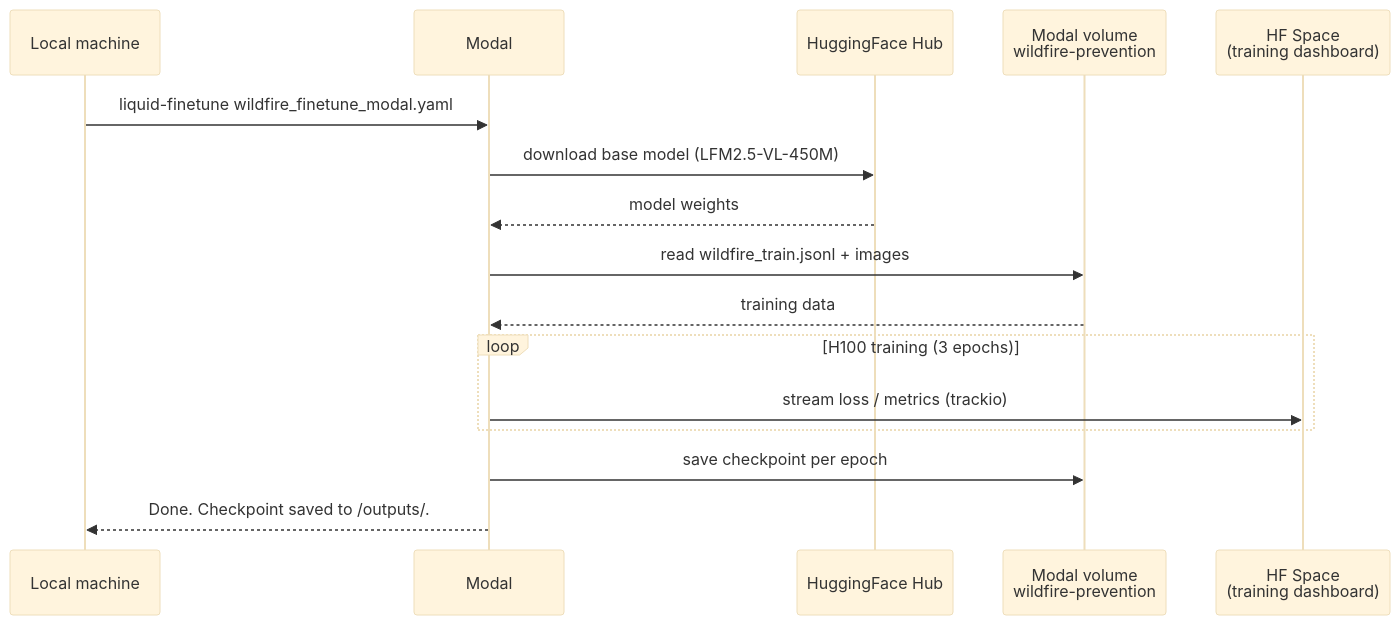
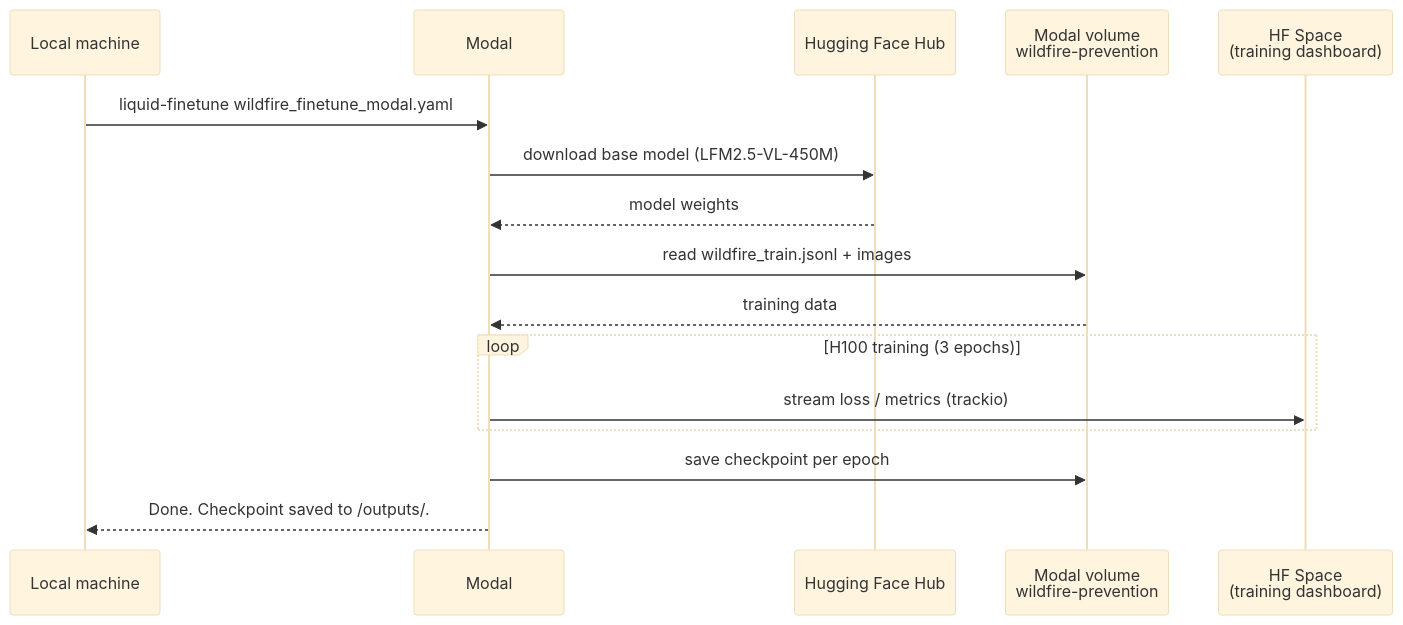
The fifth of 5 diagrams in examples/customize-models/wildfire-prevention.mdx (Liquid4All/docs), drawn with Mermaid (base theme) before and after one commit. The commit also changed other lines of this file and 74 other files, not shown here.

````diff
--- a/examples/customize-models/wildfire-prevention.mdx
+++ b/examples/customize-models/wildfire-prevention.mdx
@@ -436,19 +436,19 @@
 ```mermaid
 sequenceDiagram
     participant User as Local machine
     participant Modal
-    participant HF as HuggingFace Hub
+    participant HF as Hugging Face Hub
     participant Vol as Modal volume<br/>wildfire-prevention
     participant Space as HF Space<br/>(training dashboard)
 
     User->>Modal: liquid-finetune wildfire_finetune_modal.yaml
     Modal->>HF: download base model (LFM2.5-VL-450M)
     HF-->>Modal: model weights
     Modal->>Vol: read wildfire_train.jsonl + images
     Vol-->>Modal: training data
     loop H100 training (3 epochs)
         Modal->>Space: stream loss / metrics (trackio)
     end
     Modal->>Vol: save checkpoint per epoch
     Modal-->>User: Done. Checkpoint saved to /outputs/.
 ```
````
